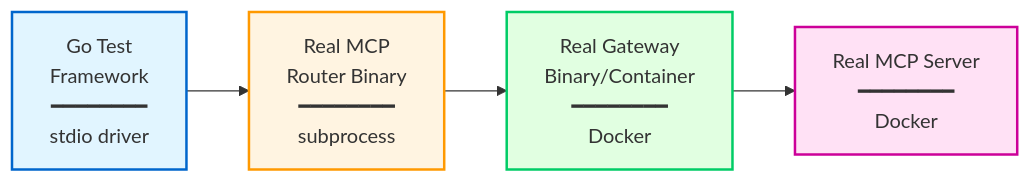
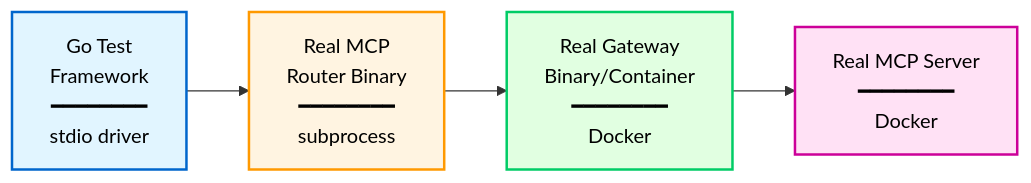
One commit to actual-software/mcp-bridge changed the diagram in test/e2e/full_stack/README.md. Above: the diagram before and after it, drawn with Mermaid. The commit also changed 10 other files, not shown here.

First line of the commit message:
fix: Improve Mermaid diagram text contrast with explicit black color

````diff
--- a/test/e2e/full_stack/README.md
+++ b/test/e2e/full_stack/README.md
@@ -9,16 +9,16 @@
 ```mermaid
 graph LR
     Test[Go Test<br/>Framework<br/>━━━━━━━━<br/>stdio driver]
     Router[Real MCP<br/>Router Binary<br/>━━━━━━━━<br/>subprocess]
     Gateway[Real Gateway<br/>Binary/Container<br/>━━━━━━━━<br/>Docker]
     Server[Real MCP Server<br/>━━━━━━━━<br/>Docker]
 
     Test --> Router
     Router --> Gateway
     Gateway --> Server
 
-    style Test fill:#e1f5ff,stroke:#0066cc,stroke-width:2px
-    style Router fill:#fff4e1,stroke:#ff9900,stroke-width:2px
-    style Gateway fill:#e1ffe1,stroke:#00cc66,stroke-width:2px
-    style Server fill:#ffe1f5,stroke:#cc0099,stroke-width:2px
+    style Test fill:#e1f5ff,stroke:#0066cc,stroke-width:2px,color:#000
+    style Router fill:#fff4e1,stroke:#ff9900,stroke-width:2px,color:#000
+    style Gateway fill:#e1ffe1,stroke:#00cc66,stroke-width:2px,color:#000
+    style Server fill:#ffe1f5,stroke:#cc0099,stroke-width:2px,color:#000
 ```
````
